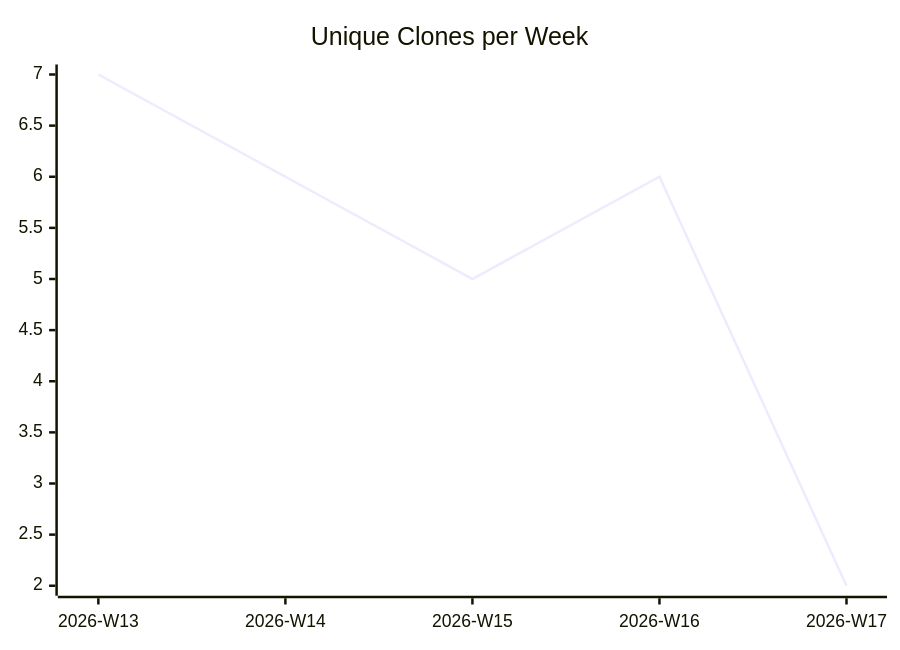
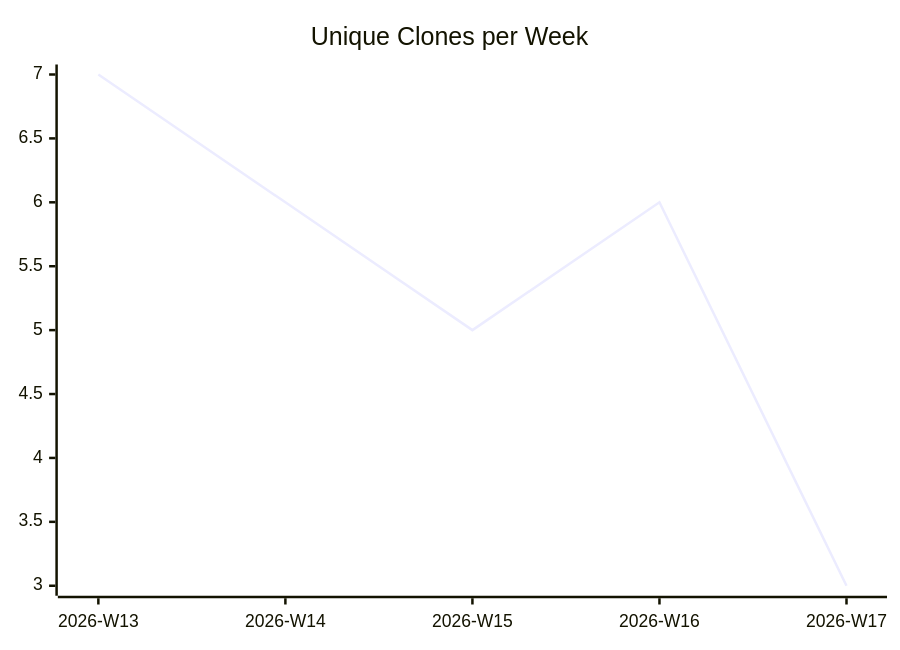
The third of 3 diagrams in karlmdavis/lego-ev3dev-rs/README.md (justdavis-family/github-analytics-data), drawn with Mermaid before and after one commit. The commit also changed other lines of this file and 197 other files, not shown here.

````diff
--- a/karlmdavis/lego-ev3dev-rs/README.md
+++ b/karlmdavis/lego-ev3dev-rs/README.md
@@ -19,6 +19,6 @@
 ```mermaid
 xychart-beta
   title "Unique Clones per Week"
   x-axis ["2026-W13", "2026-W14", "2026-W15", "2026-W16", "2026-W17"]
-  line [7, 6, 5, 6, 2]
+  line [7, 6, 5, 6, 3]
 ```
````
